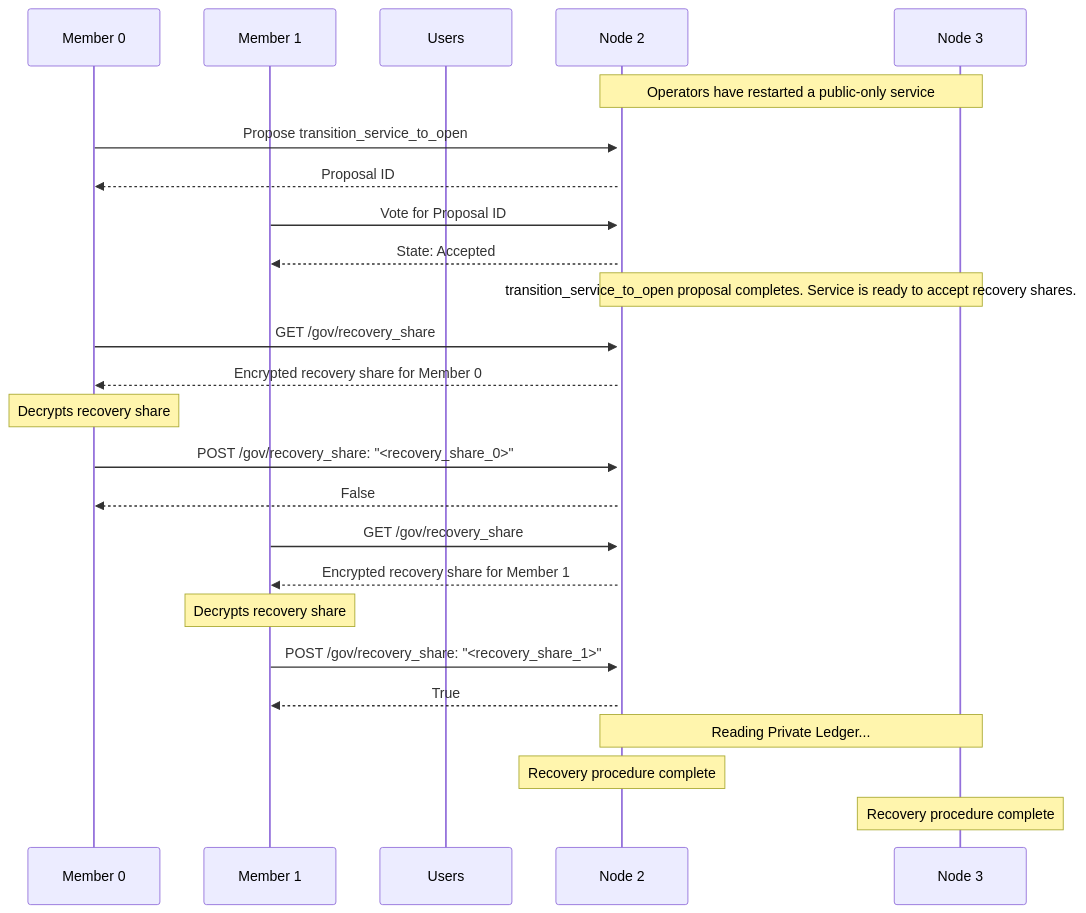
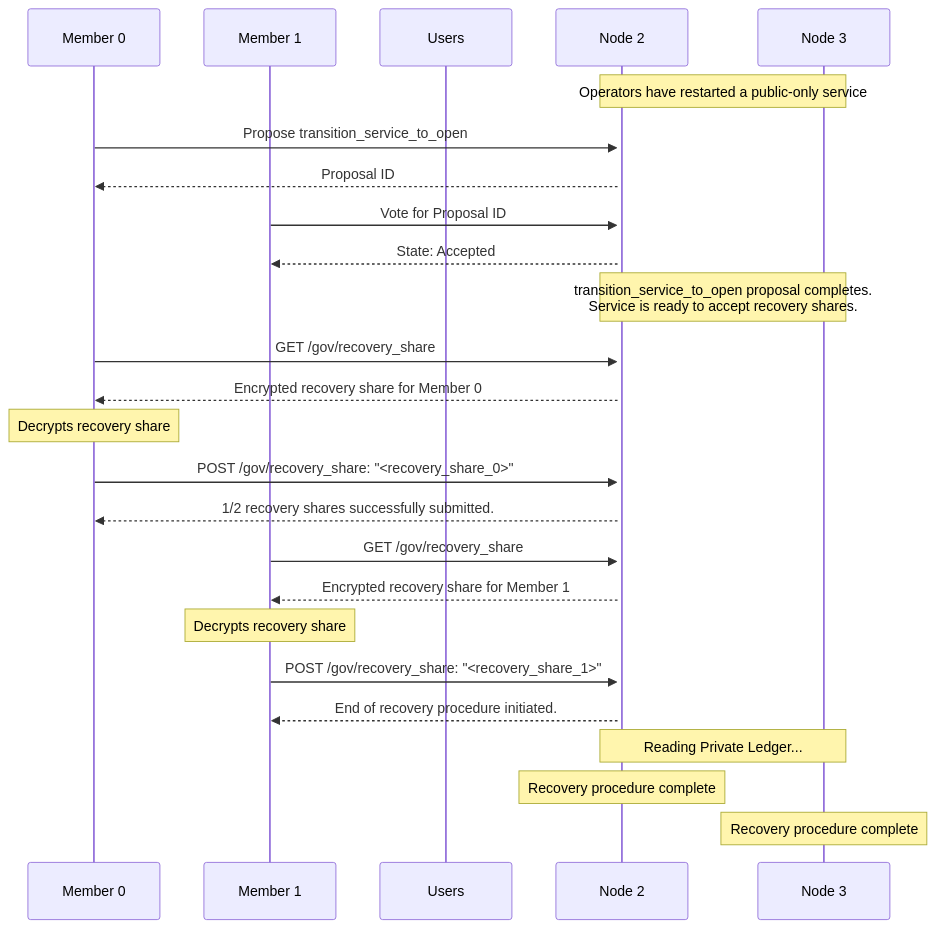
One commit to microsoft/CCF changed the diagram in doc/governance/accept_recovery.rst. Above: the diagram before and after it, drawn with Mermaid. The commit also changed other lines of this file and 3 other files, not shown here.

```diff
--- a/doc/governance/accept_recovery.rst
+++ b/doc/governance/accept_recovery.rst
@@ -89,33 +89,33 @@
 .. mermaid::
 
     sequenceDiagram
         participant Member 0
         participant Member 1
         participant Users
         participant Node 2
         participant Node 3
 
         Note over Node 2, Node 3: Operators have restarted a public-only service
 
         Member 0->>+Node 2: Propose transition_service_to_open
         Node 2-->>Member 0: Proposal ID
         Member 1->>+Node 2: Vote for Proposal ID
         Node 2-->>Member 1: State: Accepted
-        Note over Node 2, Node 3: transition_service_to_open proposal completes. Service is ready to accept recovery shares.
+        Note over Node 2, Node 3: transition_service_to_open proposal completes. <br> Service is ready to accept recovery shares.
 
         Member 0->>+Node 2: GET /gov/recovery_share
         Node 2-->>Member 0: Encrypted recovery share for Member 0
         Note over Member 0: Decrypts recovery share
         Member 0->>+Node 2: POST /gov/recovery_share: "<recovery_share_0>"
-        Node 2-->>Member 0: False
+        Node 2-->>Member 0: 1/2 recovery shares successfully submitted.
 
         Member 1->>+Node 2: GET /gov/recovery_share
         Node 2-->>Member 1: Encrypted recovery share for Member 1
         Note over Member 1: Decrypts recovery share
         Member 1->>+Node 2: POST /gov/recovery_share: "<recovery_share_1>"
-        Node 2-->>Member 1: True
+        Node 2-->>Member 1: End of recovery procedure initiated.
 
         Note over Node 2, Node 3: Reading Private Ledger...
 
         Note over Node 2: Recovery procedure complete
         Note over Node 3: Recovery procedure complete
```
